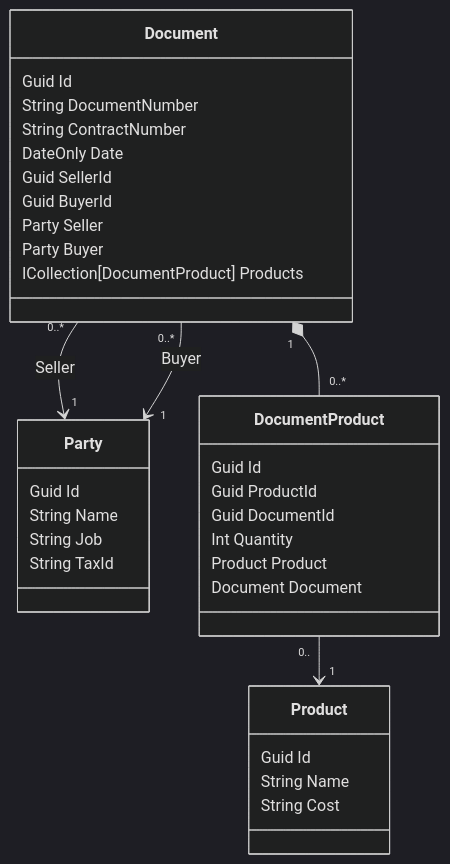
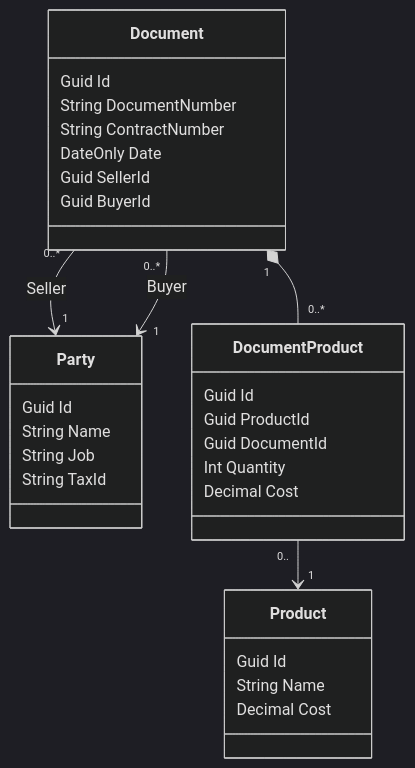
One commit to Karo4a/DocumentGenerator changed the diagram in README.md. Above: the diagram before and after it, drawn with Mermaid (dark theme). The commit also changed 41 other files, not shown here.

````diff
--- a/README.md
+++ b/README.md
@@ -10,37 +10,33 @@
 ```mermaid
 classDiagram
   class Party {
     Guid Id
     String Name
     String Job
     String TaxId
    }
   class Product {
     Guid Id
     String Name
-    String Cost
+    Decimal Cost
    }
   class DocumentProduct {
     Guid Id
     Guid ProductId
     Guid DocumentId
     Int Quantity
-    Product Product
-    Document Document
+    Decimal Cost
    }
   class Document {
     Guid Id
     String DocumentNumber
     String ContractNumber
     DateOnly Date
     Guid SellerId
     Guid BuyerId
-    Party Seller
-    Party Buyer
-    ICollection[DocumentProduct] Products
    }
   Document "0..*" --> "1" Party : Seller
   Document "0..*" --> "1" Party : Buyer
   DocumentProduct "0.." --> "1" Product
   Document "1" *-- "0..*" DocumentProduct
 ```
````
